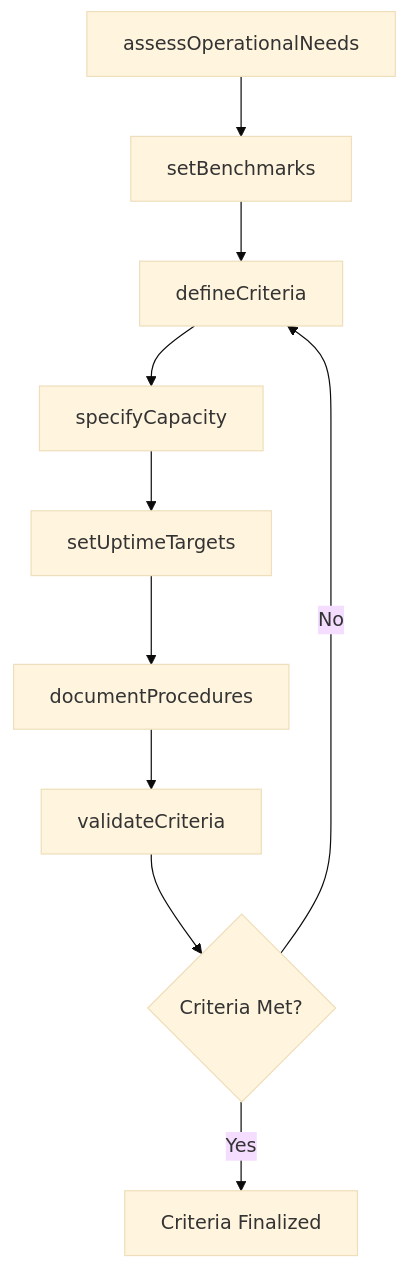
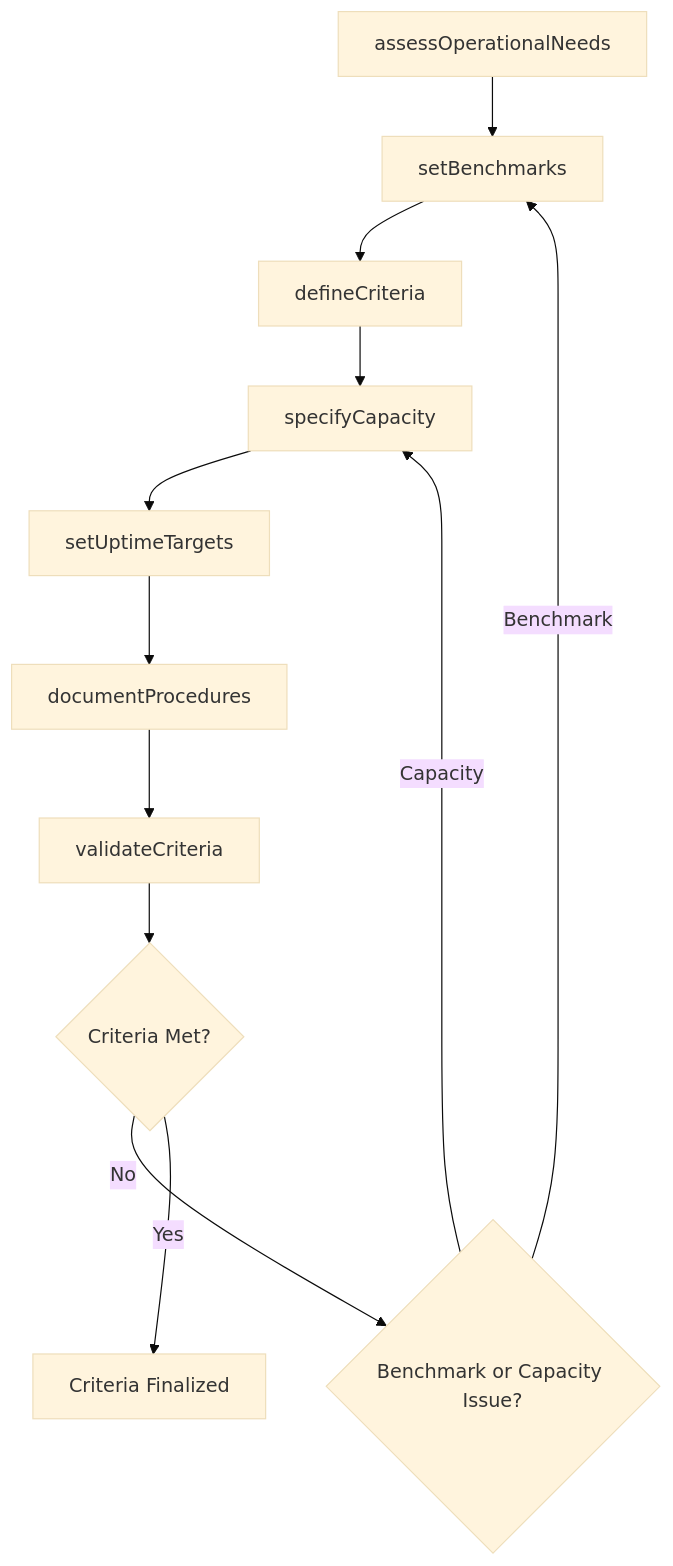
One commit to dot-org-ai/tasks.org.ai changed the third of 4 diagrams in ThinkingCreatively/DevelopTechnicalSpecificationsForProductsOrOperations/DetermineOperationalCriteriaSpecifications.mdx. Above: the diagram before and after it, drawn with Mermaid (base theme). The commit also changed other lines of this file and 71 other files, not shown here.

Commit message:
feat: Add ER diagrams, state diagrams to 72 more DWA task files (wave 2 continued)

````diff
--- a/ThinkingCreatively/DevelopTechnicalSpecificationsForProductsOrOperations/DetermineOperationalCriteriaSpecifications.mdx
+++ b/ThinkingCreatively/DevelopTechnicalSpecificationsForProductsOrOperations/DetermineOperationalCriteriaSpecifications.mdx
@@ -88,12 +116,14 @@
 ```mermaid
 graph TD
     A[assessOperationalNeeds] --> B[setBenchmarks]
     B --> C[defineCriteria]
     C --> D[specifyCapacity]
     D --> E[setUptimeTargets]
     E --> F[documentProcedures]
     F --> G[validateCriteria]
     G --> H{Criteria Met?}
-    H -->|No| C
-    H -->|Yes| I[Criteria Finalized]
+    H -->|No| I{Benchmark or Capacity Issue?}
+    I -->|Benchmark| B
+    I -->|Capacity| D
+    H -->|Yes| J[Criteria Finalized]
 ```
````
